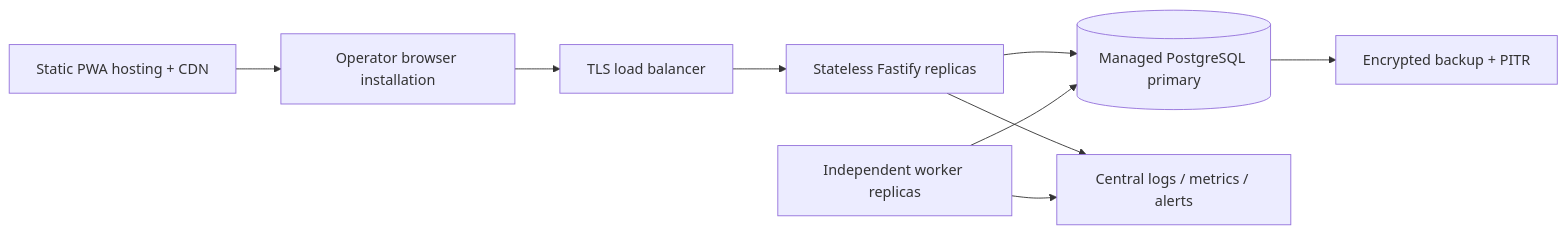
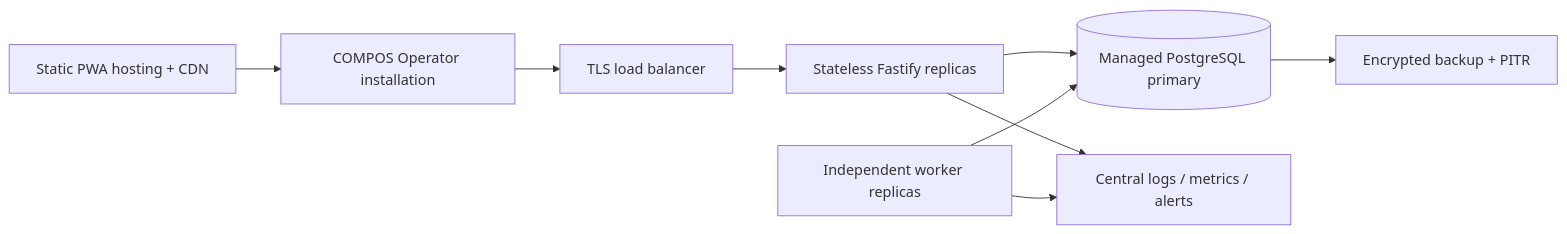
One commit to myudak/compos changed the diagram in docs/deployment_plan.md. Above: the diagram before and after it, drawn with Mermaid. The commit also changed other lines of this file and 28 other files, not shown here.

````diff
--- a/docs/deployment_plan.md
+++ b/docs/deployment_plan.md
@@ -5,11 +5,11 @@
 ```mermaid
 flowchart LR
-  PWA["Static PWA hosting + CDN"] --> Browser["Operator browser installation"]
+  PWA["Static PWA hosting + CDN"] --> Browser["COMPOS Operator installation"]
   Browser --> TLS["TLS load balancer"]
   TLS --> API["Stateless Fastify replicas"]
   API --> PG[("Managed PostgreSQL primary")]
   Worker["Independent worker replicas"] --> PG
   PG --> Backup["Encrypted backup + PITR"]
   API --> Obs["Central logs / metrics / alerts"]
   Worker --> Obs
 ```
````
